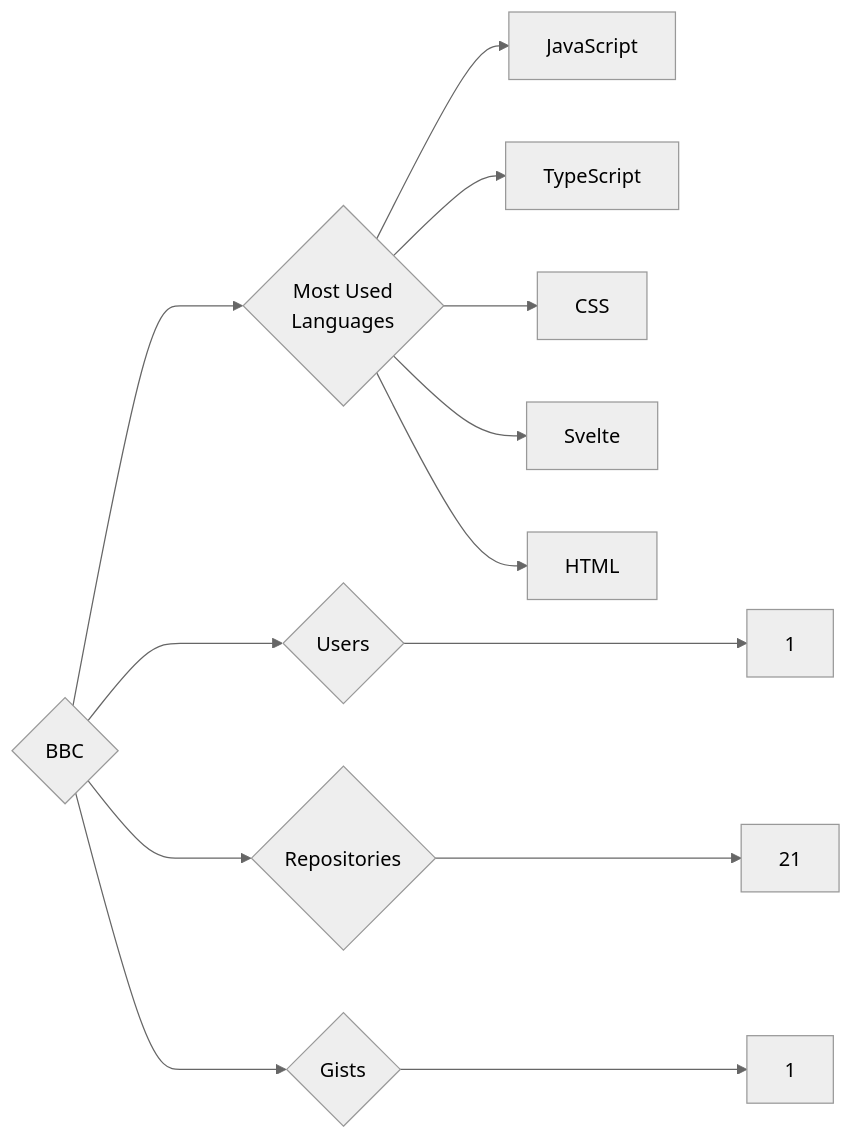
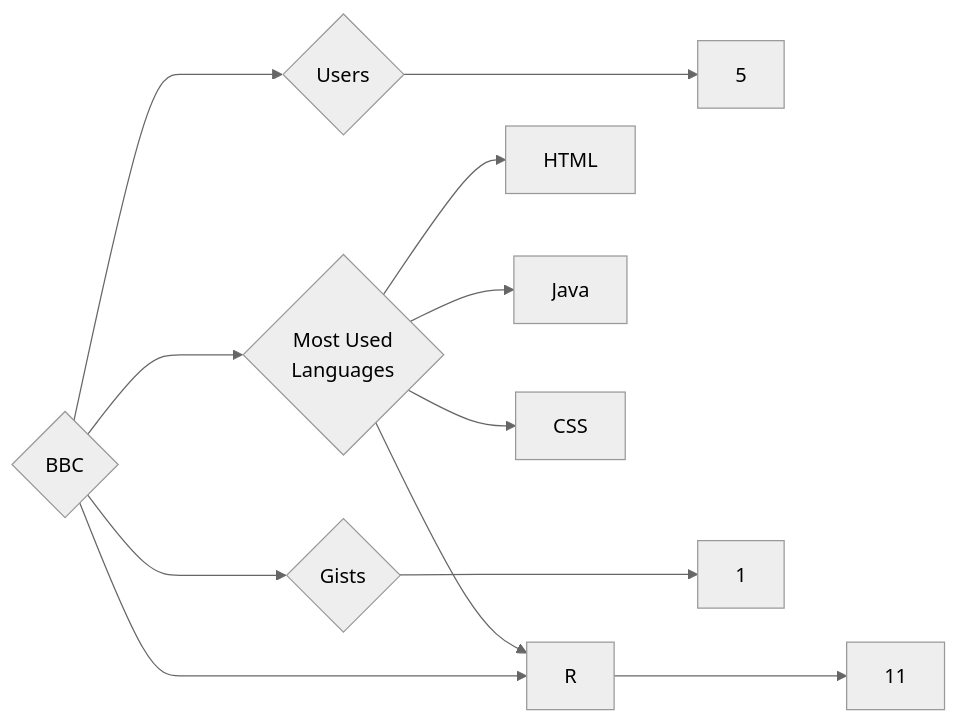
The diagram in targets/BBC/README.md (trickest/insiders), drawn with Mermaid (neutral theme) before and after one commit. The commit also changed 1166 other files, not shown here.

````diff
--- a/targets/BBC/README.md
+++ b/targets/BBC/README.md
@@ -3,13 +3,12 @@
 ```mermaid
 graph LR
 COMPANY_NAME{BBC}
-COMPANY_NAME ---> U{Users} ---> UN[1]
-COMPANY_NAME ---> R{Repositories} ---> RN[21]
+COMPANY_NAME ---> U{Users} ---> UN[5]
+COMPANY_NAME ---> R{Repositories} ---> RN[11]
 COMPANY_NAME ---> G{Gists} ---> GN[1]
 COMPANY_NAME ---> ML{Most Used<br>Languages}
-ML --> JavaScript[JavaScript]
-ML --> TypeScript[TypeScript]
+ML --> HTML[HTML]
+ML --> Java[Java]
+ML --> R[R]
 ML --> CSS[CSS]
-ML --> Svelte[Svelte]
-ML --> HTML[HTML]
 ```
````
